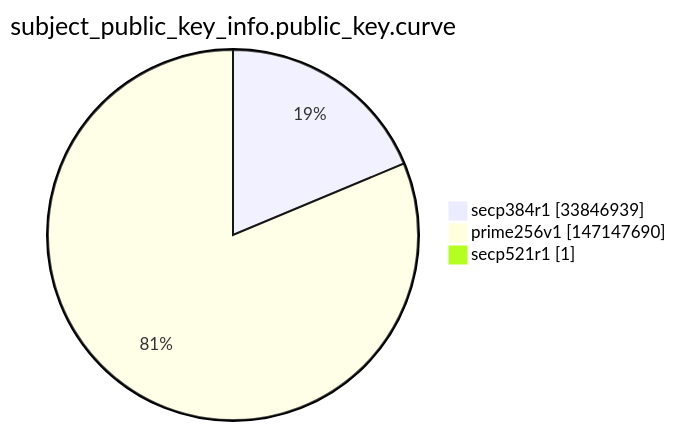
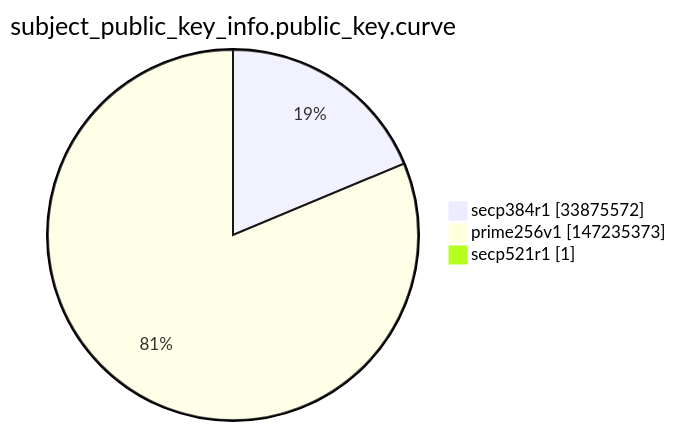
The ninth of 15 diagrams in argon2022/README.md (christiankrug/ctmonitor_visualization), drawn with Mermaid before and after one commit. The commit also changed other lines of this file, not shown here.

````diff
--- a/argon2022/README.md
+++ b/argon2022/README.md
@@ -2764,7 +2764,7 @@
 ```mermaid
 pie showData
 title subject_public_key_info.public_key.curve
-"secp384r1" :33846939
-"prime256v1" :147147690
+"secp384r1" :33875572
+"prime256v1" :147235373
 "secp521r1" :1
 ```
````
